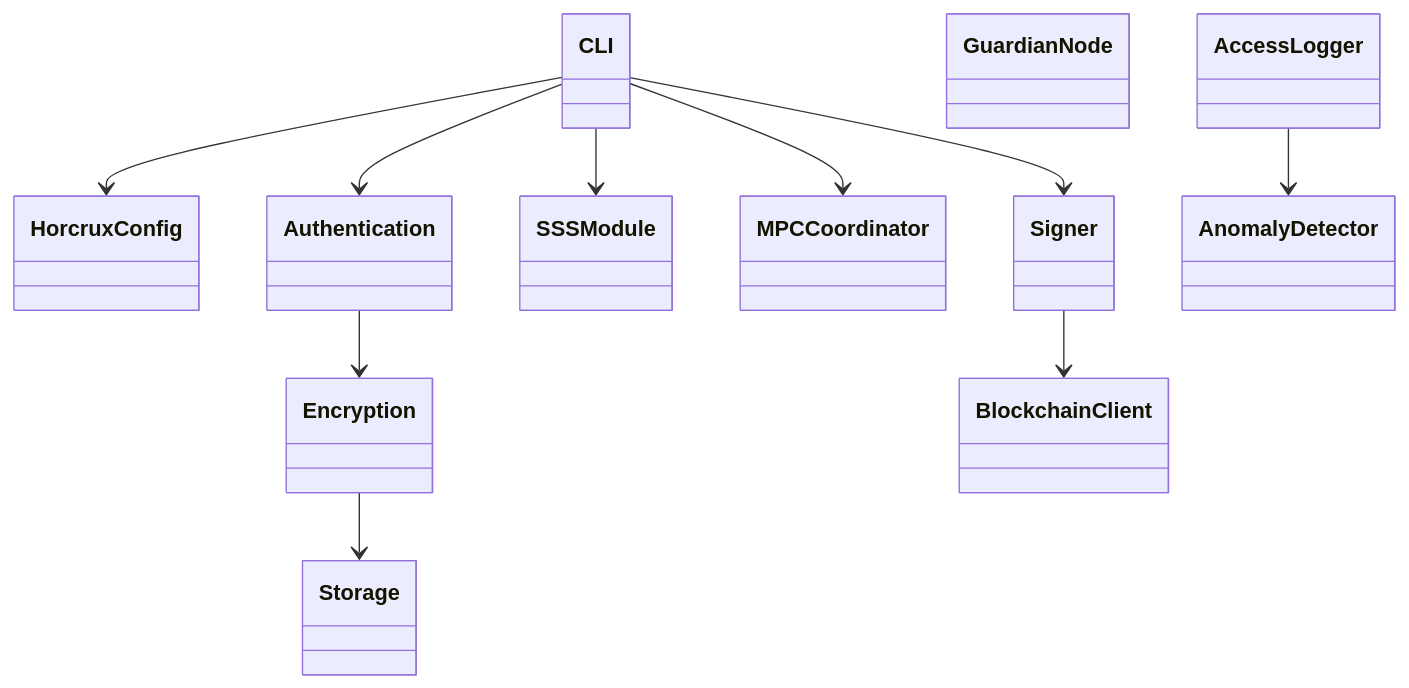
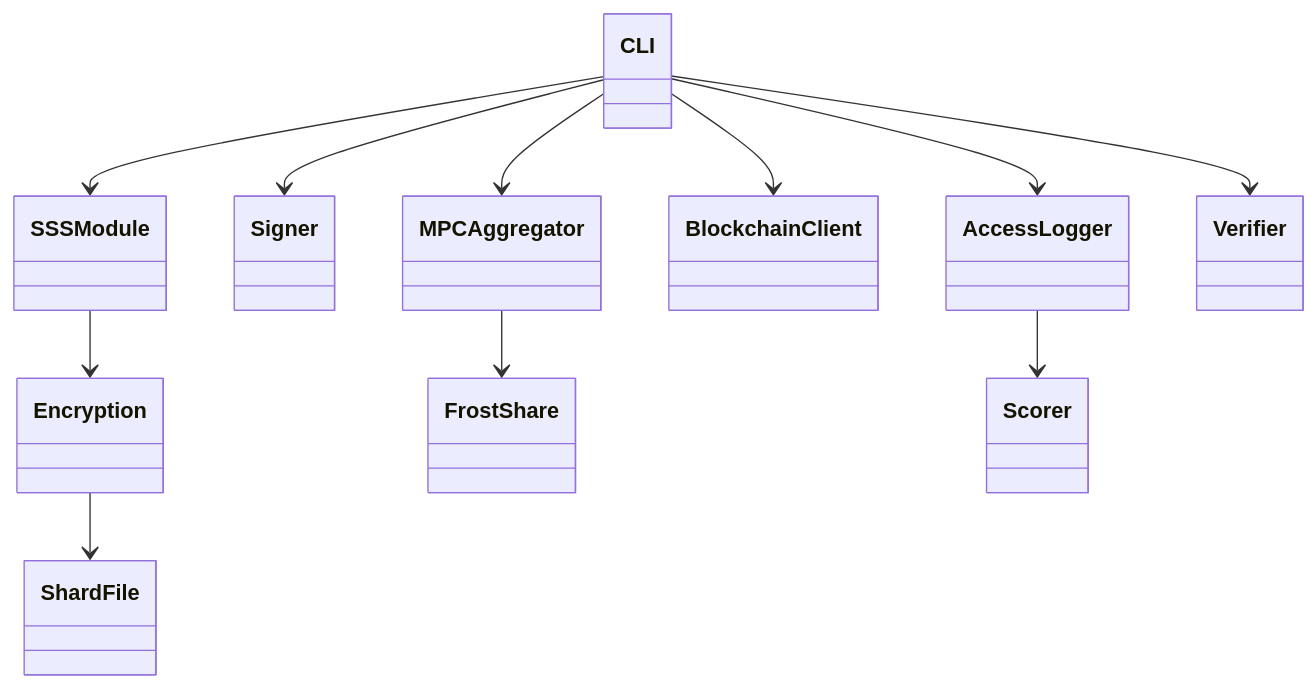
Before and after one commit to rishi-xyz/horcrux: diagram 13 of 15 in Architecture.md, drawn with Mermaid. The commit also changed other lines of this file and 12 other files, not shown here.

````diff
--- a/Architecture.md
+++ b/Architecture.md
@@ -1375,45 +1008,27 @@
 ```mermaid
 classDiagram
 
-class HorcruxConfig
-
 class CLI
-
-class Authentication
-
 class SSSModule
-
 class Encryption
-
-class Storage
-
-class MPCCoordinator
-
-class GuardianNode
-
+class ShardFile
+class FrostShare
 class Signer
-
+class MPCAggregator
 class BlockchainClient
-
 class AccessLogger
-
-class AnomalyDetector
-
-CLI --> HorcruxConfig
-
-CLI --> Authentication
-
-Authentication --> Encryption
-
-Encryption --> Storage
+class Scorer
+class Verifier
 
 CLI --> SSSModule
+CLI --> Signer
+CLI --> MPCAggregator
+CLI --> BlockchainClient
+CLI --> AccessLogger
+CLI --> Verifier
 
-CLI --> Signer
-
-CLI --> MPCCoordinator
-
-Signer --> BlockchainClient
-
-AccessLogger --> AnomalyDetector
+SSSModule --> Encryption
+Encryption --> ShardFile
+MPCAggregator --> FrostShare
+AccessLogger --> Scorer
 ```
````
